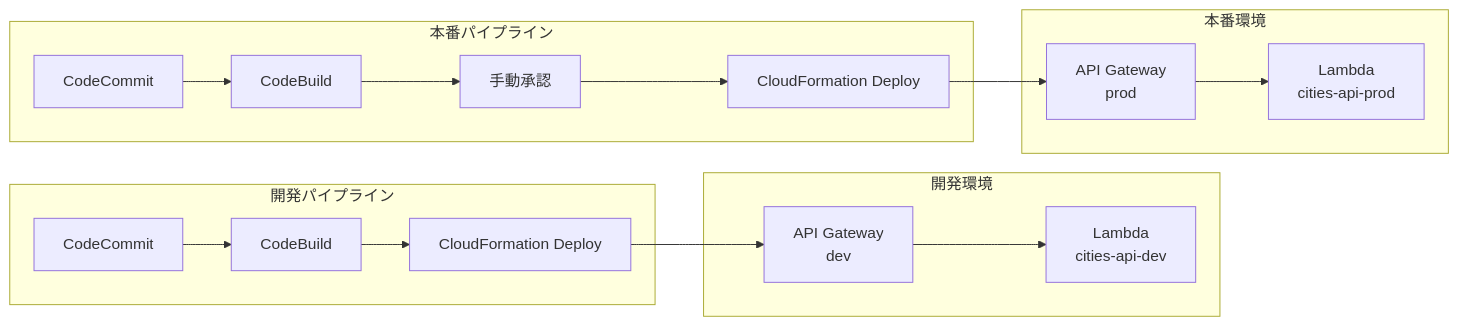
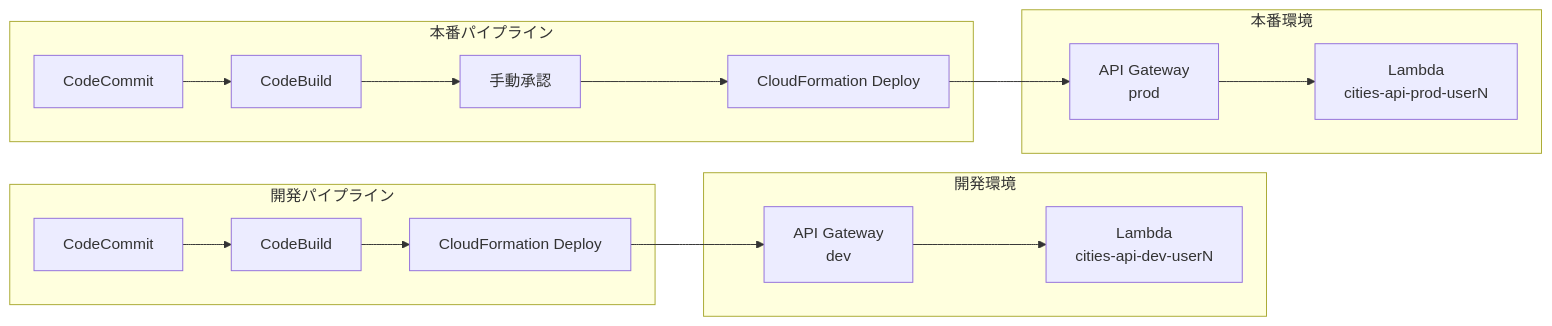
One commit to ekodasolo/ci_cd_basic_workshop changed the first of 3 diagrams in docs/DESIGN.md. Above: the diagram before and after it, drawn with Mermaid. The commit also changed other lines of this file and 13 other files, not shown here.

````diff
--- a/docs/DESIGN.md
+++ b/docs/DESIGN.md
@@ -7,24 +7,24 @@
 ```mermaid
 graph LR
     subgraph "開発パイプライン"
         CC[CodeCommit] --> CB[CodeBuild]
         CB --> CFN[CloudFormation Deploy]
     end
 
     subgraph "本番パイプライン"
         CC2[CodeCommit] --> CB2[CodeBuild]
         CB2 --> Approval[手動承認]
         Approval --> CFN2[CloudFormation Deploy]
     end
 
     subgraph "開発環境"
-        APIGW_DEV[API Gateway<br/>dev] --> Lambda_DEV[Lambda<br/>cities-api-dev]
+        APIGW_DEV[API Gateway<br/>dev] --> Lambda_DEV[Lambda<br/>cities-api-dev-userN]
     end
 
     subgraph "本番環境"
-        APIGW_PROD[API Gateway<br/>prod] --> Lambda_PROD[Lambda<br/>cities-api-prod]
+        APIGW_PROD[API Gateway<br/>prod] --> Lambda_PROD[Lambda<br/>cities-api-prod-userN]
     end
 
     CFN --> APIGW_DEV
     CFN2 --> APIGW_PROD
 ```
````
